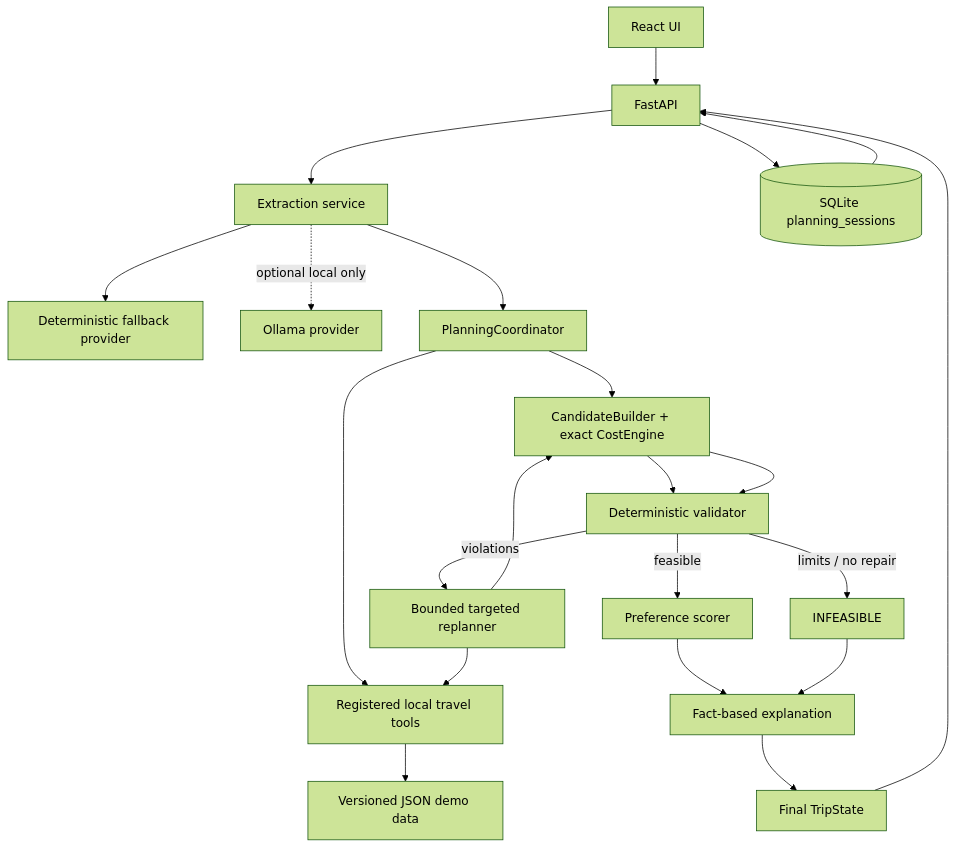
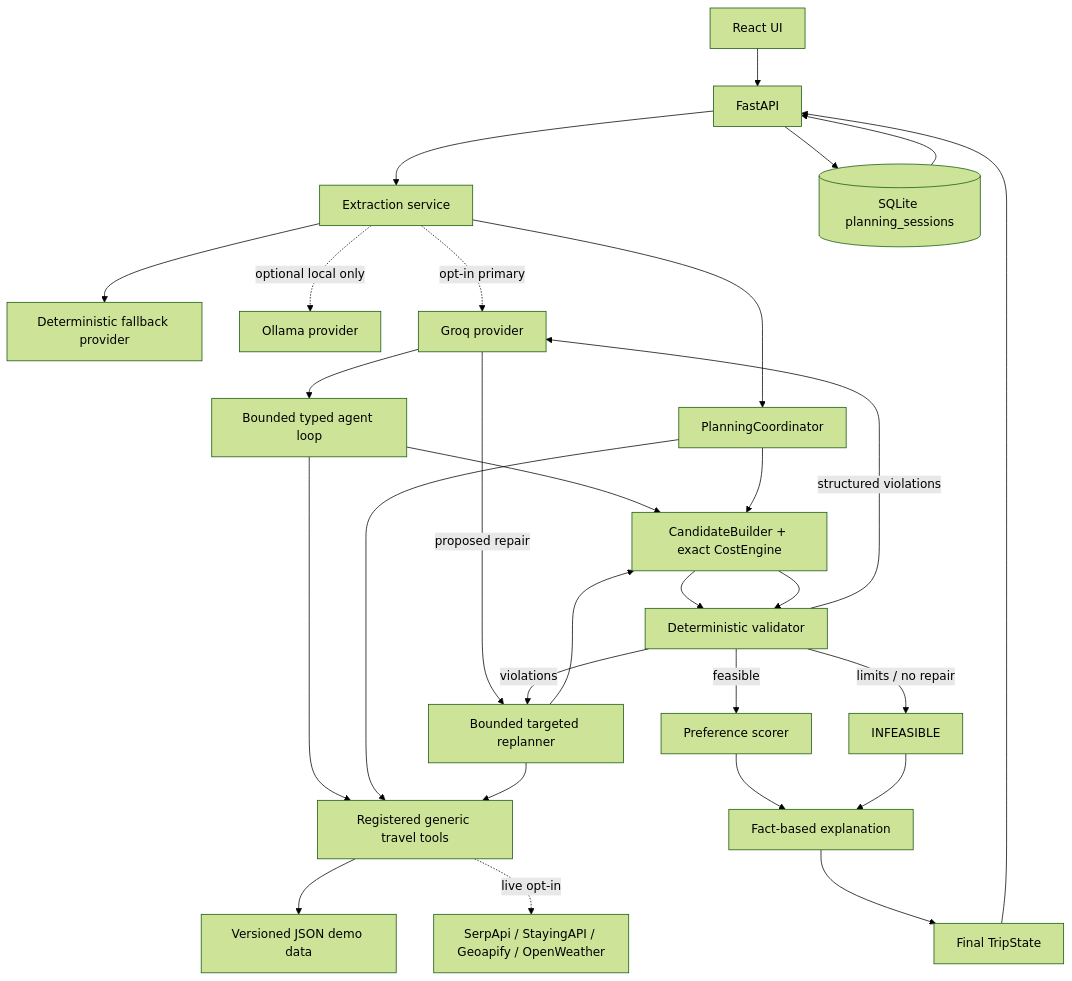
One commit to RishikGrandhi/TripMind changed the diagram in docs/architecture.md. Above: the diagram before and after it, drawn with Mermaid (forest theme). The commit also changed other lines of this file and 44 other files, not shown here.

````diff
--- a/docs/architecture.md
+++ b/docs/architecture.md
@@ -5,24 +5,31 @@
 ```mermaid
 flowchart TD
     UI[React UI] --> API[FastAPI]
     API --> EX[Extraction service]
     EX --> FB[Deterministic fallback provider]
     EX -. optional local only .-> OL[Ollama provider]
+    EX -. opt-in primary .-> GQ[Groq provider]
+    GQ --> LOOP[Bounded typed agent loop]
+    LOOP --> TOOLS
+    LOOP --> BUILD
+    VALID -->|structured violations| GQ
+    GQ -->|proposed repair| REPLAN
     EX --> CO[PlanningCoordinator]
-    CO --> TOOLS[Registered local travel tools]
+    CO --> TOOLS[Registered generic travel tools]
     TOOLS --> DATA[Versioned JSON demo data]
+    TOOLS -. live opt-in .-> LIVE[SerpApi / StayingAPI / Geoapify / OpenWeather]
     CO --> BUILD[CandidateBuilder + exact CostEngine]
     BUILD --> VALID[Deterministic validator]
     VALID -->|violations| REPLAN[Bounded targeted replanner]
     REPLAN --> TOOLS
     REPLAN --> BUILD
     BUILD --> VALID
     VALID -->|feasible| SCORE[Preference scorer]
     VALID -->|limits / no repair| INF[INFEASIBLE]
     SCORE --> EXPLAIN[Fact-based explanation]
     INF --> EXPLAIN
     EXPLAIN --> STATE[Final TripState]
     STATE --> API
     API --> DB[(SQLite planning_sessions)]
     DB --> API
 ```
````
